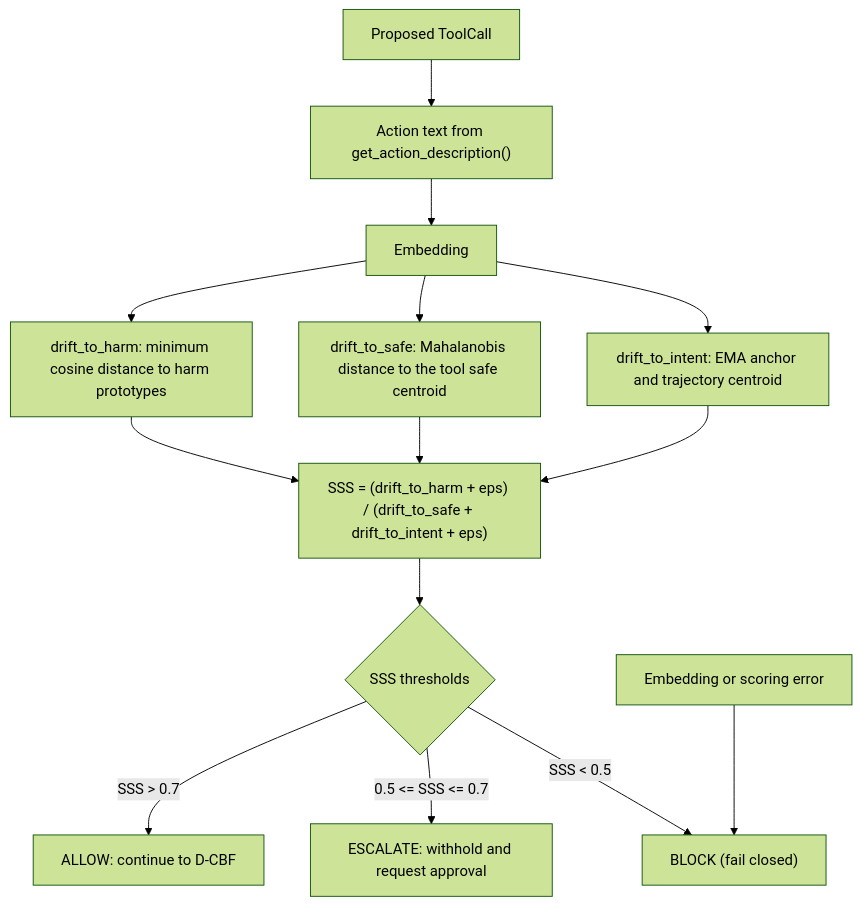
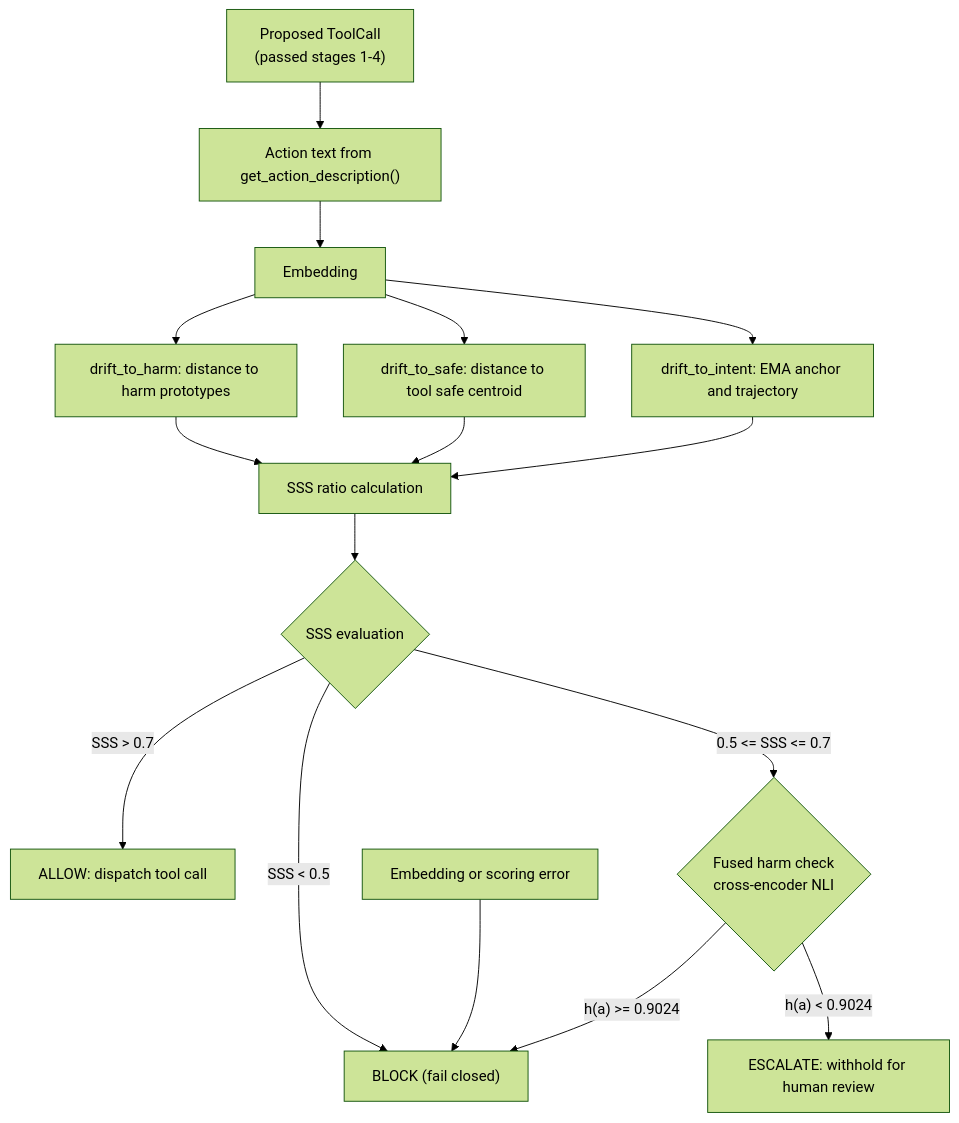
The diagram in docs/stages/semantic-firewall.md (CharafeddineMechalikh/GATE), drawn with Mermaid (forest theme) before and after one commit. The commit also changed other lines of this file and 17 other files, not shown here.

Commit message:
docs: align architecture diagrams, review rates, and stage order with paper; add intent alignment and adapter bypass tests

````diff
--- a/docs/stages/semantic-firewall.md
+++ b/docs/stages/semantic-firewall.md
@@ -45,16 +45,18 @@
 ```mermaid
 flowchart TD
-    A["Proposed ToolCall"] --> B["Action text from get_action_description()"]
+    A["Proposed ToolCall<br>(passed stages 1-4)"] --> B["Action text from get_action_description()"]
     B --> C["Embedding"]
-    C --> D["drift_to_harm: minimum cosine distance to harm prototypes"]
-    C --> E["drift_to_safe: Mahalanobis distance to the tool safe centroid"]
-    C --> F["drift_to_intent: EMA anchor and trajectory centroid"]
-    D --> G["SSS = (drift_to_harm + eps) / (drift_to_safe + drift_to_intent + eps)"]
+    C --> D["drift_to_harm: distance to harm prototypes"]
+    C --> E["drift_to_safe: distance to tool safe centroid"]
+    C --> F["drift_to_intent: EMA anchor and trajectory"]
+    D --> G["SSS ratio calculation"]
     E --> G
     F --> G
-    G --> H{"SSS thresholds"}
-    H -->|"SSS > 0.7"| I["ALLOW: continue to D-CBF"]
-    H -->|"0.5 <= SSS <= 0.7"| J["ESCALATE: withhold and request approval"]
+    G --> H{"SSS evaluation"}
+    H -->|"SSS > 0.7"| I["ALLOW: dispatch tool call"]
     H -->|"SSS < 0.5"| K["BLOCK (fail closed)"]
+    H -->|"0.5 <= SSS <= 0.7"| N{"Fused harm check<br>cross-encoder NLI"}
+    N -->|"h(a) >= 0.9024"| K
+    N -->|"h(a) < 0.9024"| J["ESCALATE: withhold for human review"]
     L["Embedding or scoring error"] --> K
 ```
````
